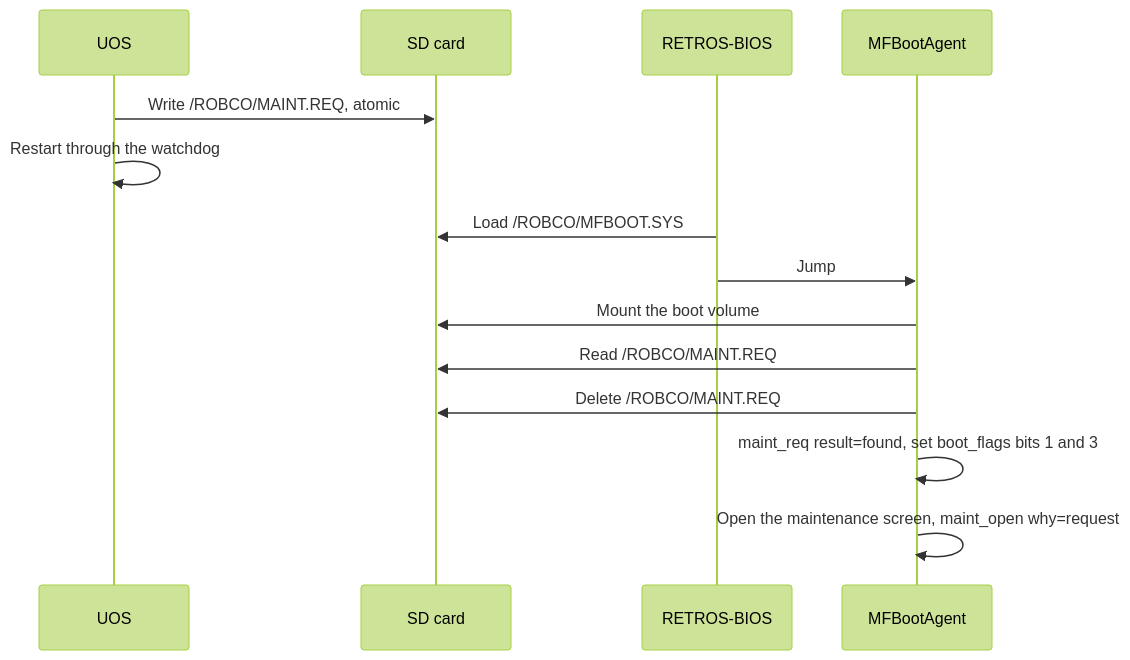
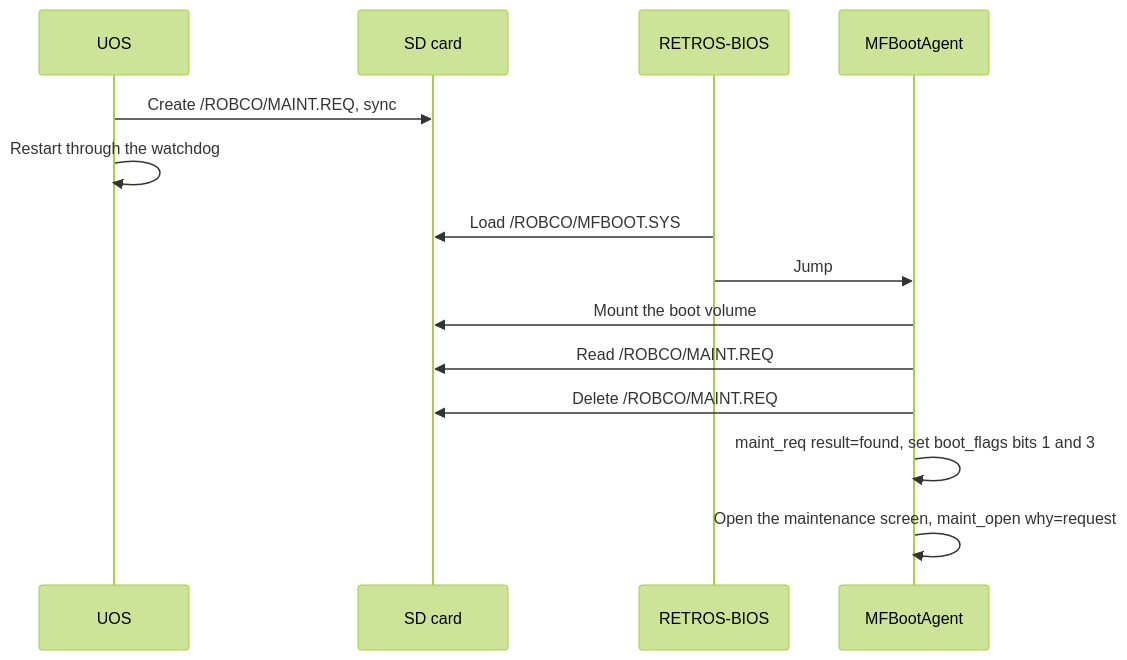
Before and after one commit to RobCo-Industries/RobCo-Core: the diagram in docs/spec/BOOT_PROTOCOL.md, drawn with Mermaid (forest theme). The commit also changed other lines of this file, not shown here.

Commit message:
spec: write the maintenance request with a plain create

````diff
--- a/docs/spec/BOOT_PROTOCOL.md
+++ b/docs/spec/BOOT_PROTOCOL.md
@@ -693,16 +701,16 @@
 ```mermaid
 sequenceDiagram
     participant U as UOS
     participant C as SD card
     participant B as RETROS-BIOS
     participant A as MFBootAgent
-    U->>C: Write /ROBCO/MAINT.REQ, atomic
+    U->>C: Create /ROBCO/MAINT.REQ, sync
     U->>U: Restart through the watchdog
     B->>C: Load /ROBCO/MFBOOT.SYS
     B->>A: Jump
     A->>C: Mount the boot volume
     A->>C: Read /ROBCO/MAINT.REQ
     A->>C: Delete /ROBCO/MAINT.REQ
     A->>A: maint_req result=found, set boot_flags bits 1 and 3
     A->>A: Open the maintenance screen, maint_open why=request
 ```
````
